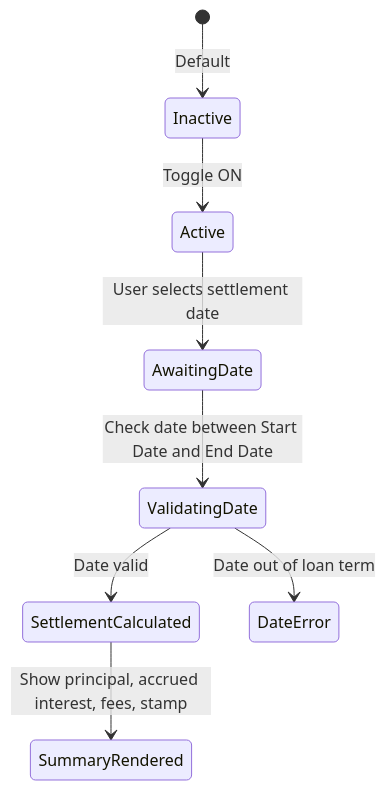
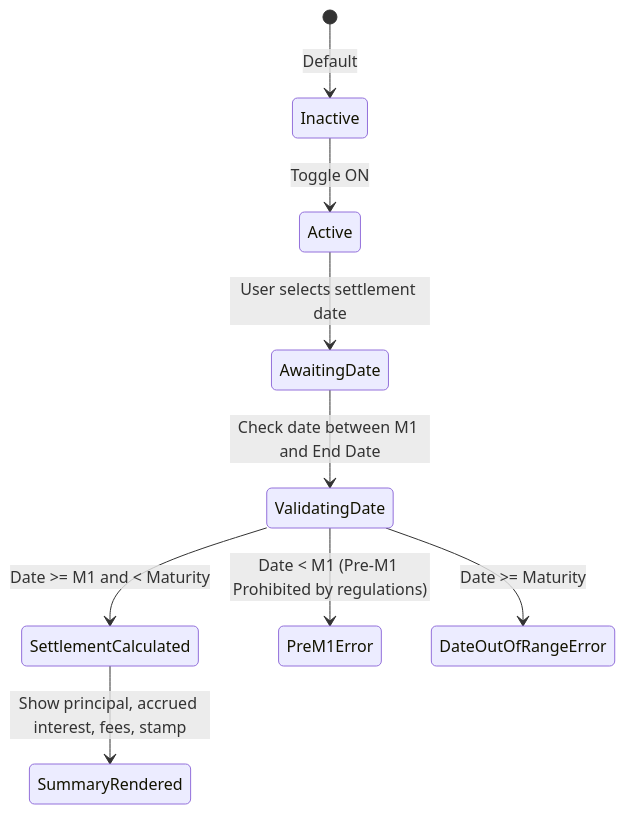
The fourth of 4 diagrams in STATE_MODEL.md (accayman7/Loan-Calculator), drawn with Mermaid before and after one commit. The commit also changed other lines of this file and 10 other files, not shown here.

````diff
--- a/STATE_MODEL.md
+++ b/STATE_MODEL.md
@@ -189,10 +189,11 @@
 ```mermaid
 stateDiagram-v2
     [*] --> Inactive: Default
     Inactive --> Active: Toggle ON
     Active --> AwaitingDate: User selects settlement date
-    AwaitingDate --> ValidatingDate: Check date between Start Date and End Date
-    ValidatingDate --> SettlementCalculated: Date valid
-    ValidatingDate --> DateError: Date out of loan term
+    AwaitingDate --> ValidatingDate: Check date between M1 and End Date
+    ValidatingDate --> SettlementCalculated: Date >= M1 and < Maturity
+    ValidatingDate --> PreM1Error: Date < M1 (Pre-M1 Prohibited by regulations)
+    ValidatingDate --> DateOutOfRangeError: Date >= Maturity
     SettlementCalculated --> SummaryRendered: Show principal, accrued interest, fees, stamp
 ```
````
